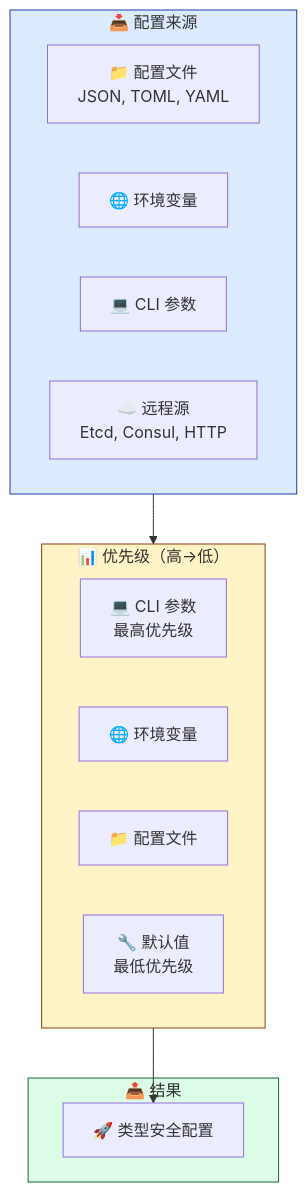
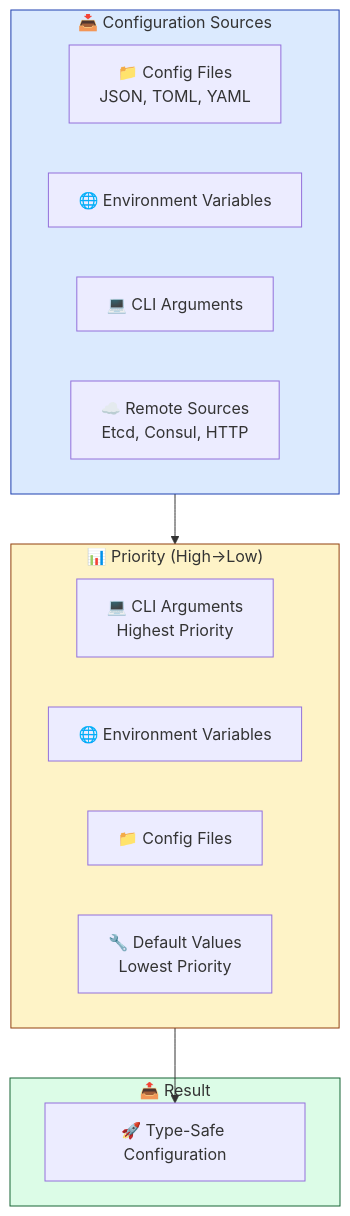
The diagram in docs/USER_GUIDE.md (Kirky-X/confers), drawn with Mermaid before and after one commit. The commit also changed other lines of this file and 6 other files, not shown here.

````diff
--- a/docs/USER_GUIDE.md
+++ b/docs/USER_GUIDE.md
@@ -223,27 +229,27 @@
 ```mermaid
 graph TB
-    subgraph Sources ["📥 配置来源"]
-        A[📁 配置文件<br/>JSON, TOML, YAML]
-        B[🌐 环境变量]
-        C[💻 CLI 参数]
-        D[☁️ 远程源<br/>Etcd, Consul, HTTP]
+    subgraph Sources ["📥 Configuration Sources"]
+        A[📁 Config Files<br/>JSON, TOML, YAML]
+        B[🌐 Environment Variables]
+        C[💻 CLI Arguments]
+        D[☁️ Remote Sources<br/>Etcd, Consul, HTTP]
     end
     
-    subgraph Priority ["📊 优先级（高→低）"]
-        P1["💻 CLI 参数<br/>最高优先级"]
-        P2["🌐 环境变量"]
-        P3["📁 配置文件"]
-        P4["🔧 默认值<br/>最低优先级"]
+    subgraph Priority ["📊 Priority (High→Low)"]
+        P1["💻 CLI Arguments<br/>Highest Priority"]
+        P2["🌐 Environment Variables"]
+        P3["📁 Config Files"]
+        P4["🔧 Default Values<br/>Lowest Priority"]
     end
     
-    subgraph Result ["📤 结果"]
-        R[🚀 类型安全配置]
+    subgraph Result ["📤 Result"]
+        R[🚀 Type-Safe Configuration]
     end
     
     Sources --> Priority
     Priority --> R
     
     style Sources fill:#DBEAFE,stroke:#1E40AF
     style Priority fill:#FEF3C7,stroke:#92400E
     style Result fill:#DCFCE7,stroke:#166534
 ```
````
